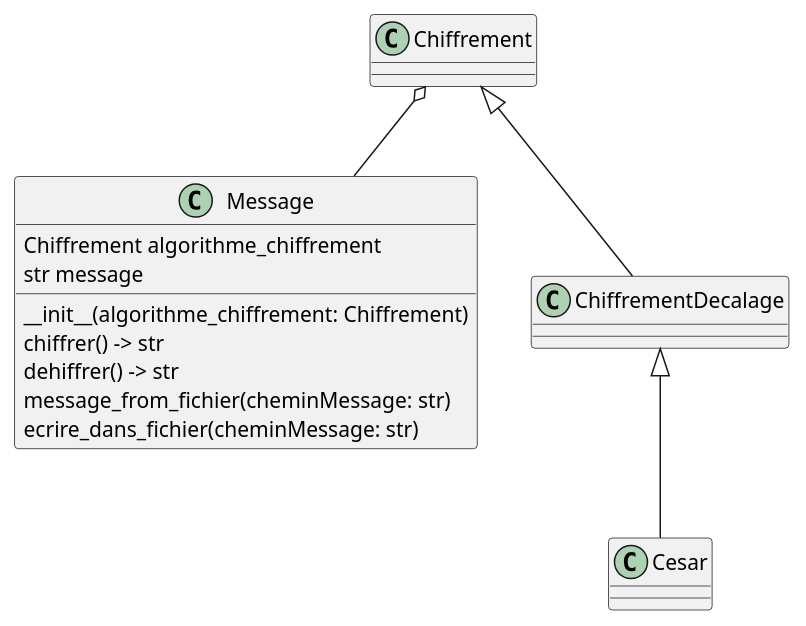
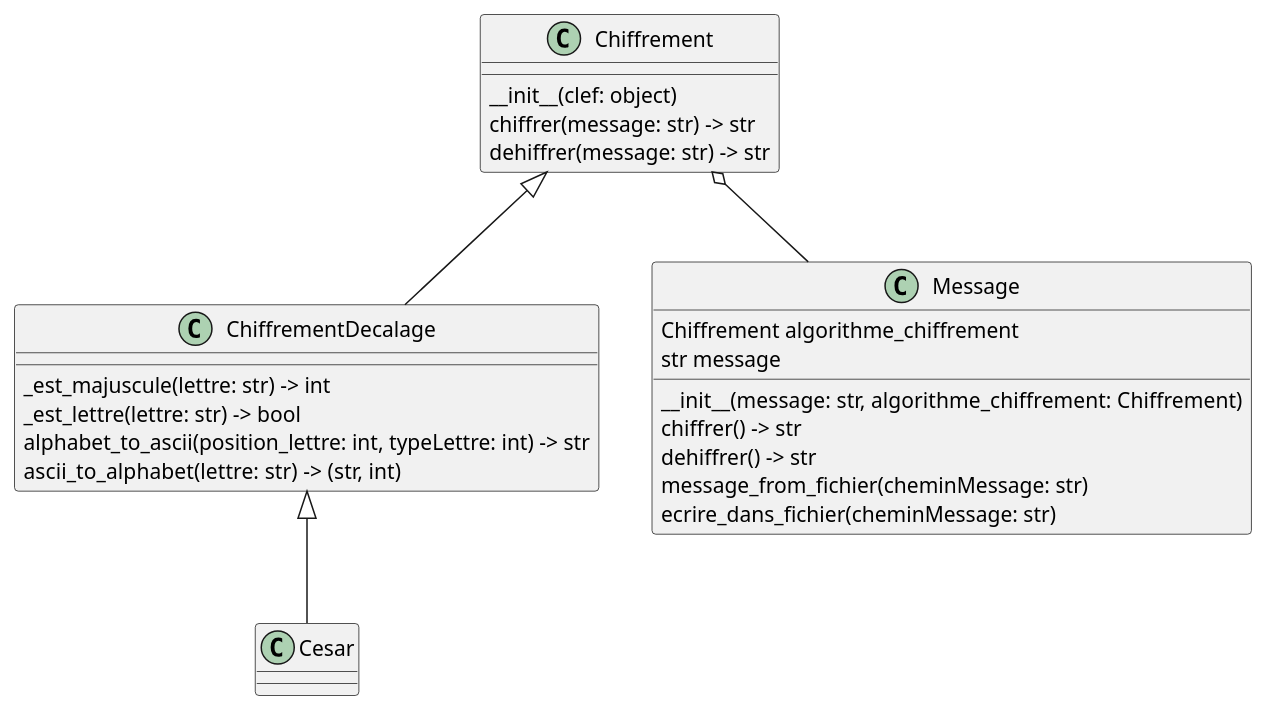
One commit to Antrayguesn/cours_python changed the second of 3 diagrams in TP/LaMissionDeCesar.adoc. Above: the diagram before and after it, drawn with PlantUML. The commit also changed other lines of this file and 23 other files, not shown here.

```diff
--- a/TP/LaMissionDeCesar.adoc
+++ b/TP/LaMissionDeCesar.adoc
@@ -468,20 +414,39 @@
-[plantuml, format="svg", id="classMessage"]
+[plantuml, format="svg", id="classMessageChiffrement"]
 ----
+@startuml Chiffrement
+class Chiffrement {
+
+__init__(clef: object)
+{method} chiffrer(message: str) -> str
+{method} dehiffrer(message: str) -> str
+}
+
+class ChiffrementDecalage {
+  _est_majuscule(lettre: str) -> int
+  _est_lettre(lettre: str) -> bool
+  alphabet_to_ascii(position_lettre: int, typeLettre: int) -> str
+  ascii_to_alphabet(lettre: str) -> (str, int)
+}
+
+class Cesar {
+
+}
+
 class Message {
 {field} Chiffrement algorithme_chiffrement
 {field} str message
 
-__init__(algorithme_chiffrement: Chiffrement)
+__init__(message: str, algorithme_chiffrement: Chiffrement)
 {method} chiffrer() -> str
 {method} dehiffrer() -> str
 message_from_fichier(cheminMessage: str)
 ecrire_dans_fichier(cheminMessage: str)
 }
 
 Chiffrement o-- Message
 
 Chiffrement <|-- ChiffrementDecalage
 
 ChiffrementDecalage <|-- Cesar
 @enduml
 ----
```
